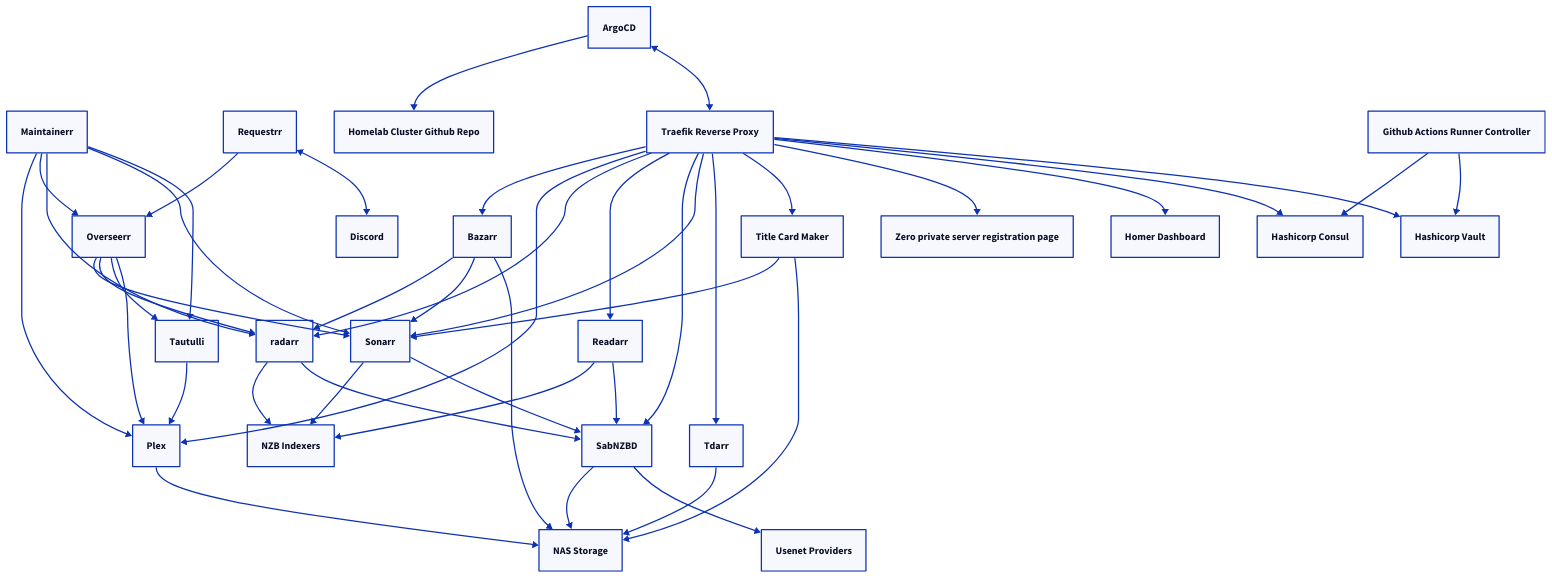
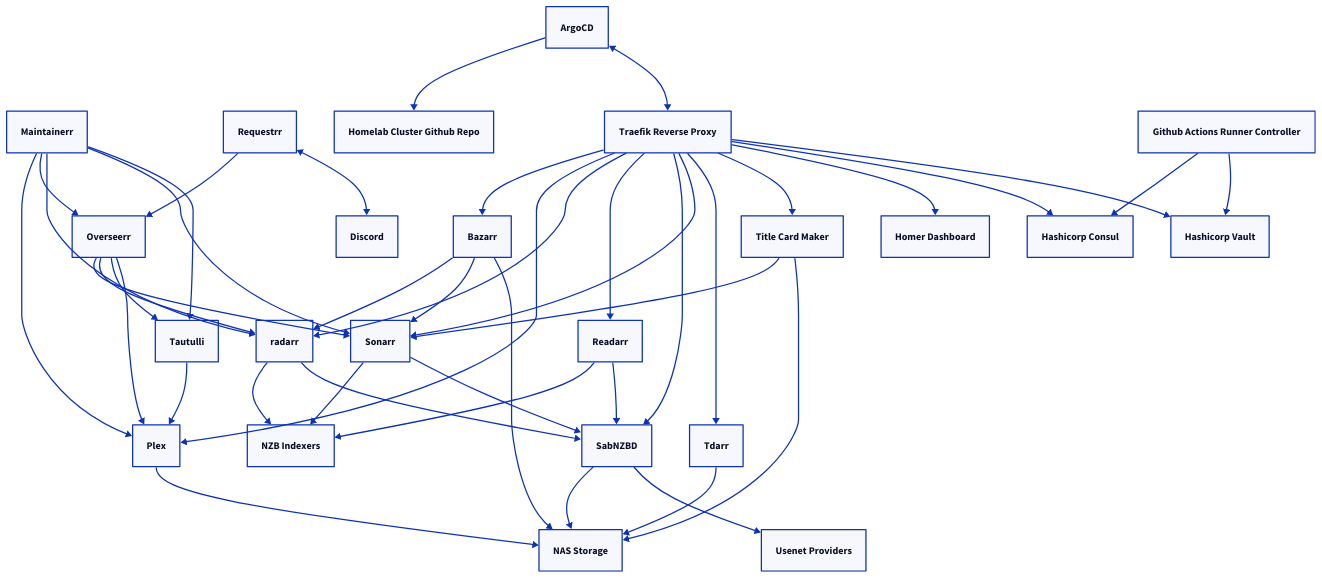
The diagram in diagram/applications.d2 (sam-bowman/homelab-cluster), drawn with D2 before and after one commit. The commit also changed 38 other files, not shown here.

```diff
--- a/diagram/applications.d2
+++ b/diagram/applications.d2
@@ -1,148 +1,142 @@
 tautulli: {
     label: "Tautulli"
 }
 plex: {
     label: "Plex"
 }
 
 tautulli -> plex
 
 nas: {
     label: "NAS Storage"
 }
 
 plex -> nas
 
 sonarr: {
     label: "Sonarr"
 }
 radarr: {
     label: "radarr"
 }
 readarr: {
     label: "Readarr"
 }
 sabnzbd: {
     label: "SabNZBD"
 }
 usenet_providers: {
     label: "Usenet Providers"
 }
 nzb_indexers: {
     label: "NZB Indexers"
 }
 
 nzb_indexers <- sonarr
 nzb_indexers <- radarr
 nzb_indexers <- readarr
 
 sonarr -> sabnzbd
 radarr -> sabnzbd
 readarr -> sabnzbd
 
 sabnzbd -> nas
 
 usenet_providers <- sabnzbd
 
 overseerr: {
     label: "Overseerr"
 }
 
 overseerr -> sonarr
 overseerr -> radarr
 overseerr -> tautulli
 overseerr -> plex
 
 maintainerr: {
     label: "Maintainerr"
 }
 
 maintainerr -> plex
 maintainerr -> overseerr
 maintainerr -> radarr
 maintainerr -> sonarr
 maintainerr -> tautulli
 
 requestrr: {
     label: "Requestrr"
 }
 discord: {
     label: "Discord"
 }
 
 requestrr -> overseerr
 requestrr <-> discord
 
 bazarr: {
     label: "Bazarr"
 }
 
 bazarr -> radarr
 bazarr -> sonarr
 bazarr -> nas
 
 titlecardmaker: {
     label: "Title Card Maker"
 }
 
 titlecardmaker -> sonarr
 titlecardmaker -> nas
 
 tdarr: {
     label: "Tdarr"
 }
 
 tdarr -> nas
 
 homelab_cluster_github: {
     label: "Homelab Cluster Github Repo"
 }
 argocd: {
     label: "ArgoCD"
 }
 
 homelab_cluster_github <- argocd
 
 traefik: {
     label: "Traefik Reverse Proxy"
 }
 
 argocd <-> traefik
 
 traefik -> bazarr
 traefik -> plex
 traefik -> radarr
 traefik -> readarr
 traefik -> sabnzbd
 traefik -> sonarr
 traefik -> tdarr
 traefik -> titlecardmaker
 
-zero_register: {
-    label: "Zero private server registration page"
-}
-
-traefik -> zero_register
-
 homer: {
     label: "Homer Dashboard"
 }
 
 traefik -> homer
 
 consul: {
     label: "Hashicorp Consul"
 }
 vault: {
     label: "Hashicorp Vault"
 }
 
 traefik -> consul
 traefik -> vault
 
 github_arc: {
     label: "Github Actions Runner Controller"
 }
 
 github_arc -> consul
 github_arc -> vault
```
